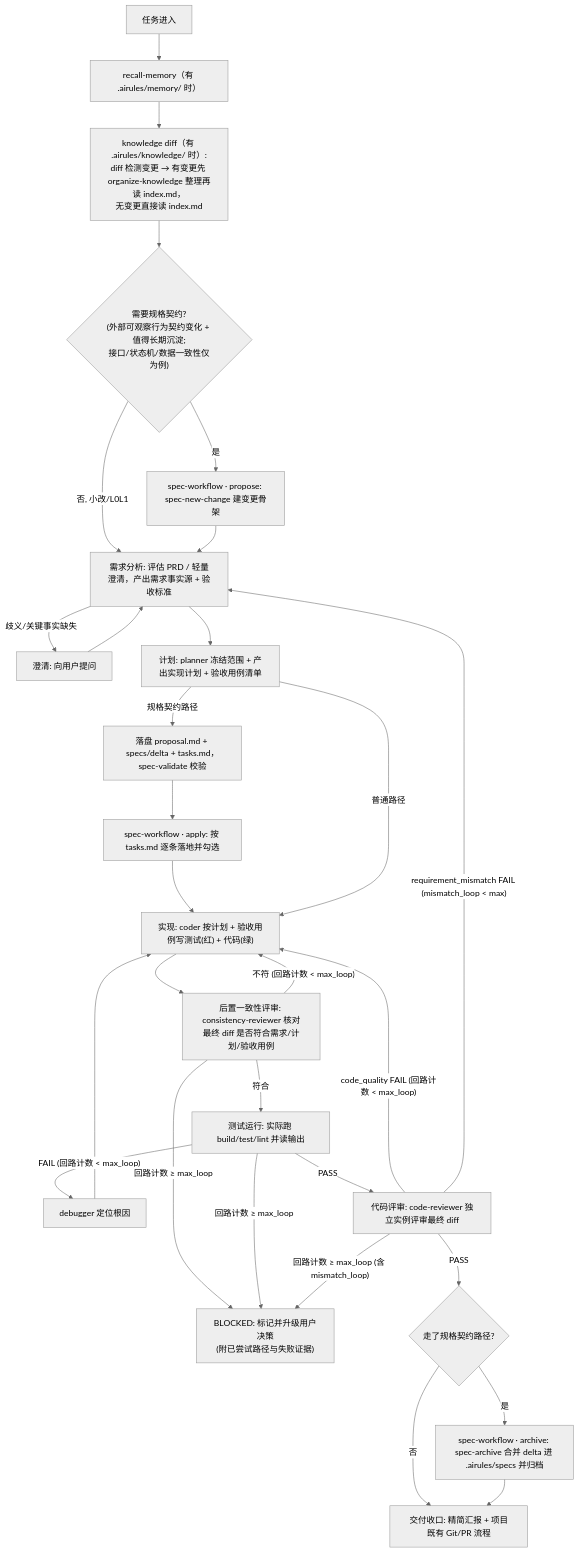
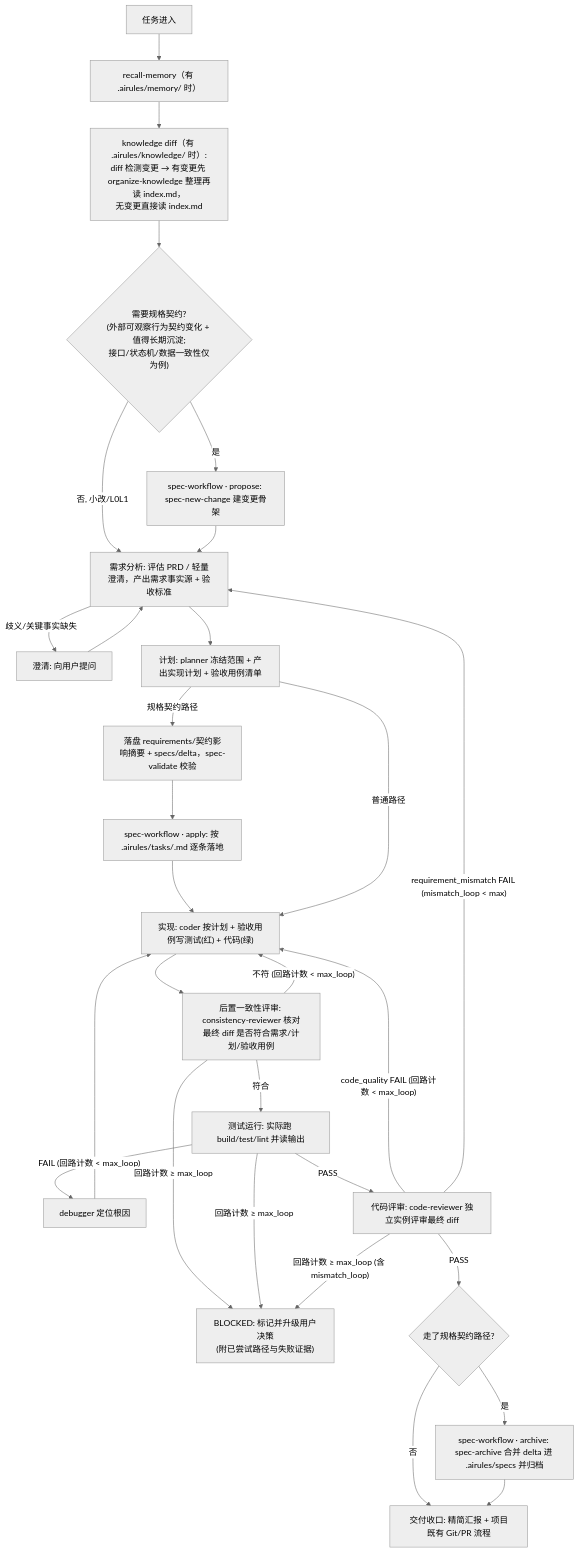
Before and after one commit to moluoxixi/AIRules: the first of 2 diagrams in rules/AGENTS.md, drawn with Mermaid (neutral theme). The commit also changed other lines of this file and 13 other files, not shown here.

First line of the commit message:
refactor(spec-workflow): 移除 proposal.md/tasks.md，统一变更单元落盘结构

````diff
--- a/rules/AGENTS.md
+++ b/rules/AGENTS.md
@@ -9,31 +9,31 @@
 ```mermaid
 flowchart TD
   Intake["任务进入"] --> Recall["recall-memory（有 .airules/memory/ 时）"]
   Recall --> KnowledgeDiff["knowledge diff（有 .airules/knowledge/ 时）:<br/>diff 检测变更 → 有变更先 organize-knowledge 整理再读 index.md，<br/>无变更直接读 index.md"]
   KnowledgeDiff --> Gate{"需要规格契约?<br/>(外部可观察行为契约变化 + 值得长期沉淀;<br/>接口/状态机/数据一致性仅为例)"}
   Gate -->|否, 小改/L0L1| Req
   Gate -->|是| Propose["spec-workflow · propose: spec-new-change 建变更骨架"]
   Propose --> Req
 
   Req["需求分析: 评估 PRD / 轻量澄清，产出需求事实源 + 验收标准"]
   Req -->|歧义/关键事实缺失| Clarify["澄清: 向用户提问"] --> Req
   Req --> Plan["计划: planner 冻结范围 + 产出实现计划 + 验收用例清单"]
-  Plan -->|规格契约路径| Spec["落盘 proposal.md + specs/delta + tasks.md，spec-validate 校验"]
-  Spec --> Apply["spec-workflow · apply: 按 tasks.md 逐条落地并勾选"]
+  Plan -->|规格契约路径| Spec["落盘 requirements/契约影响摘要 + specs/delta，spec-validate 校验"]
+  Spec --> Apply["spec-workflow · apply: 按 .airules/tasks/<id>.md 逐条落地"]
   Apply --> Code
   Plan -->|普通路径| Code["实现: coder 按计划 + 验收用例写测试(红) + 代码(绿)"]
   Code --> Consist["后置一致性评审: consistency-reviewer 核对最终 diff 是否符合需求/计划/验收用例"]
   Consist -->|"不符 (回路计数 < max_loop)"| Code
   Consist -->|符合| Test["测试运行: 实际跑 build/test/lint 并读输出"]
   Test -->|"FAIL (回路计数 < max_loop)"| Debug["debugger 定位根因"] --> Code
   Test -->|"PASS"| Review["代码评审: code-reviewer 独立实例评审最终 diff"]
   Review -->|"code_quality FAIL (回路计数 < max_loop)"| Code
   Review -->|"requirement_mismatch FAIL (mismatch_loop < max)"| Req
   Consist -->|"回路计数 ≥ max_loop"| Blocked
   Test -->|"回路计数 ≥ max_loop"| Blocked["BLOCKED: 标记并升级用户决策<br/>(附已尝试路径与失败证据)"]
   Review -->|"回路计数 ≥ max_loop (含 mismatch_loop)"| Blocked
   Review -->|PASS| Archive{"走了规格契约路径?"}
   Archive -->|是| DoArchive["spec-workflow · archive: spec-archive 合并 delta 进 .airules/specs 并归档"]
   Archive -->|否| Done
   DoArchive --> Done["交付收口: 精简汇报 + 项目既有 Git/PR 流程"]
 ```
````
